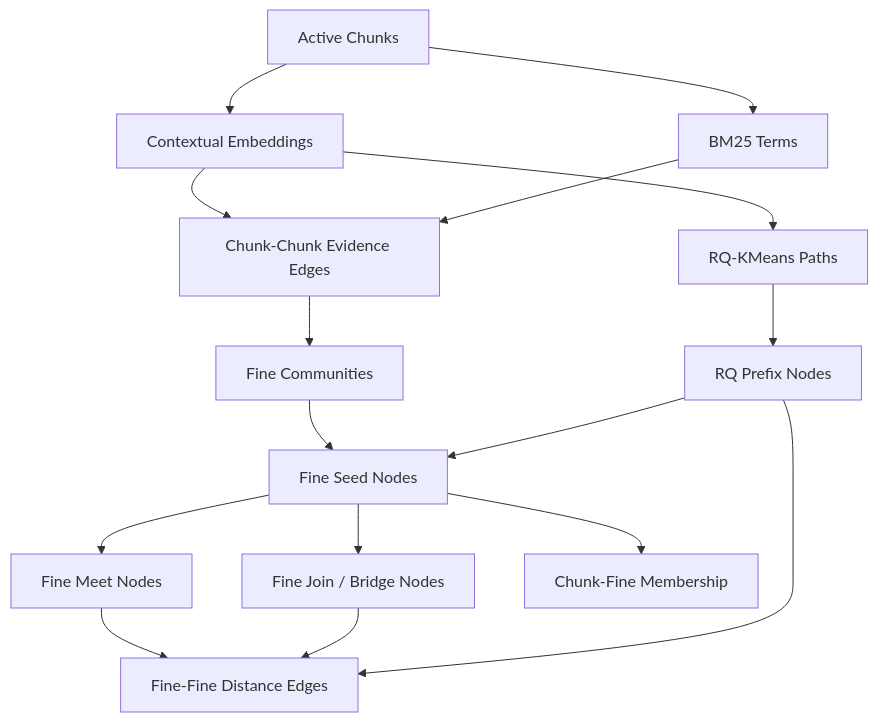
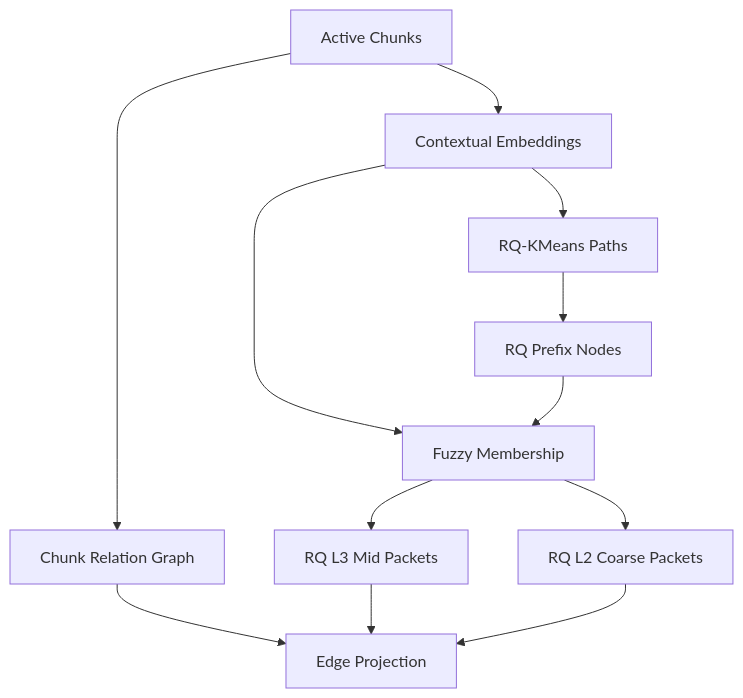
One commit to Sggggt/SymboGraph changed the seventh of 11 diagrams in docs/technical-spec.md. Above: the diagram before and after it, drawn with Mermaid. The commit also changed other lines of this file and 57 other files, not shown here.

Commit message:
v1.3.1 beta: 重新划分了四层图的边界，更新了图谱生成架构

````diff
--- a/docs/technical-spec.md
+++ b/docs/technical-spec.md
@@ -950,18 +1130,14 @@
 ```mermaid
 flowchart TB
     C["Active Chunks"] --> E["Contextual Embeddings"]
-    C --> B["BM25 Terms"]
-    E --> CC["Chunk-Chunk Evidence Edges"]
-    B --> CC
-    CC --> COM["Fine Communities"]
     E --> RQ["RQ-KMeans Paths"]
     RQ --> RP["RQ Prefix Nodes"]
-    COM --> FN["Fine Seed Nodes"]
-    RP --> FN
-    FN --> MEET["Fine Meet Nodes"]
-    FN --> JOIN["Fine Join / Bridge Nodes"]
-    FN --> MEM["Chunk-Fine Membership"]
-    MEET --> FE["Fine-Fine Distance Edges"]
-    JOIN --> FE
-    RP --> FE
+    E --> MEM["Fuzzy Membership"]
+    RP --> MEM
+    MEM --> L3["RQ L3 Mid Packets"]
+    MEM --> L2["RQ L2 Coarse Packets"]
+    C --> CR["Chunk Relation Graph"]
+    CR --> PROJ["Edge Projection"]
+    L3 --> PROJ
+    L2 --> PROJ
 ```
````
